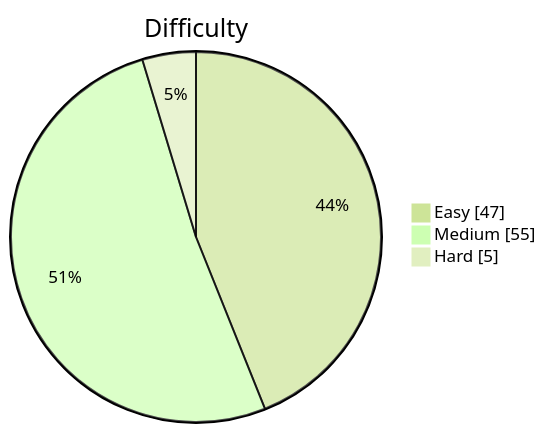
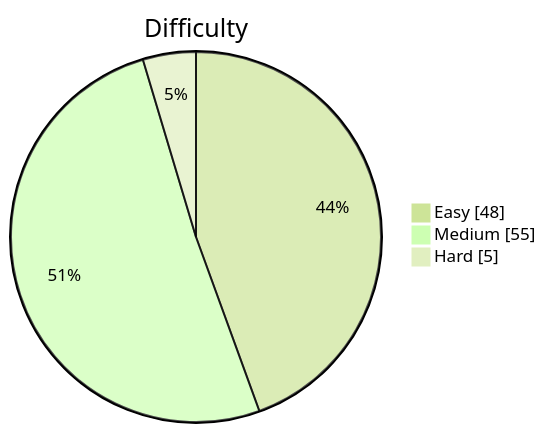
The diagram in README.md (kevstevie/python-algo-practice), drawn with Mermaid (forest theme) before and after one commit. The commit also changed other lines of this file, not shown here.

````diff
--- a/README.md
+++ b/README.md
@@ -13,7 +13,7 @@
 ```mermaid
 pie showData
     title Difficulty
-    "Easy"   : 47
+    "Easy"   : 48
     "Medium" : 55
     "Hard"   : 5
 ```
````
